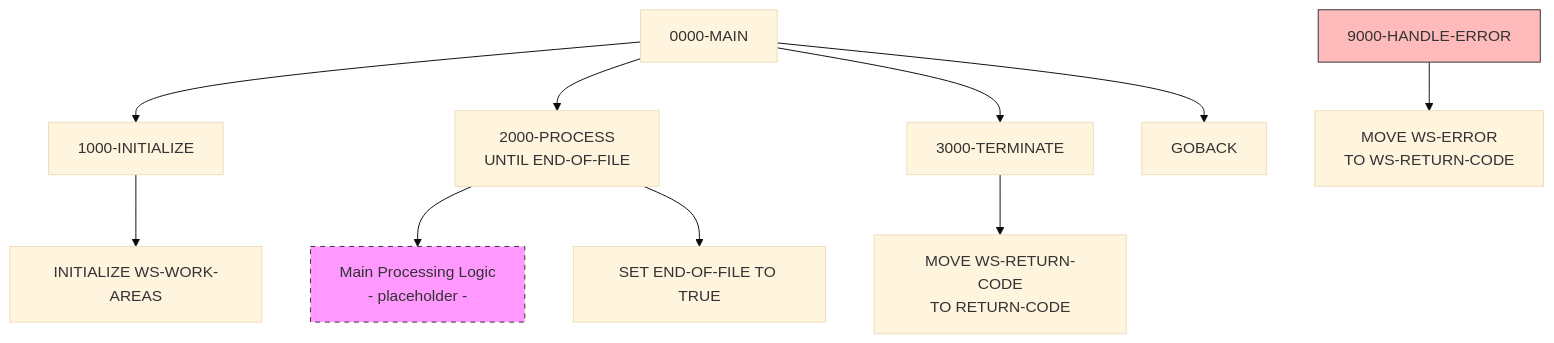
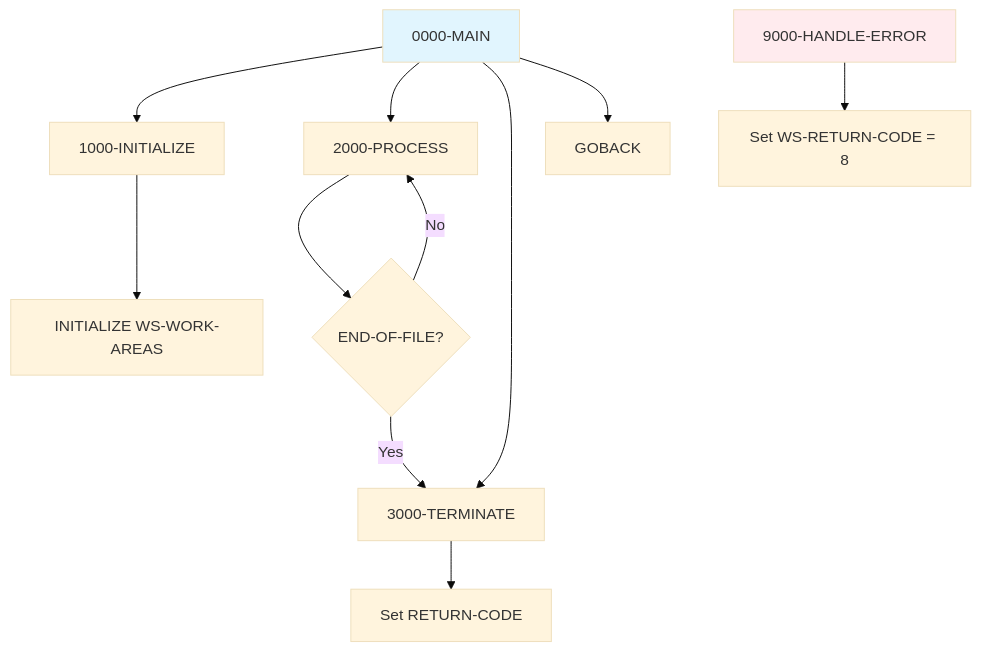
One commit to haladir-com/legacy-benchmark-docs-vb70e1 changed the diagram in docs/programs/PROGNAME.mdx. Above: the diagram before and after it, drawn with Mermaid (base theme). The commit also changed other lines of this file and 64 other files, not shown here.

````diff
--- a/docs/programs/PROGNAME.mdx
+++ b/docs/programs/PROGNAME.mdx
@@ -21,19 +16,20 @@
 ```mermaid
 graph TD
     A[0000-MAIN] --> B[1000-INITIALIZE]
-    A --> C[2000-PROCESS<br/>UNTIL END-OF-FILE]
+    A --> C[2000-PROCESS]
     A --> D[3000-TERMINATE]
     A --> E[GOBACK]
     
-    B --> B1[INITIALIZE WS-WORK-AREAS]
+    B --> F[INITIALIZE WS-WORK-AREAS]
     
-    C --> C1[Main Processing Logic<br/>- placeholder -]
-    C --> C2[SET END-OF-FILE TO TRUE]
+    C --> G{END-OF-FILE?}
+    G -->|No| C
+    G -->|Yes| D
     
-    D --> D1[MOVE WS-RETURN-CODE<br/>TO RETURN-CODE]
+    D --> H[Set RETURN-CODE]
     
-    F[9000-HANDLE-ERROR] --> F1[MOVE WS-ERROR<br/>TO WS-RETURN-CODE]
+    I[9000-HANDLE-ERROR] --> J[Set WS-RETURN-CODE = 8]
     
-    style C1 fill:#f9f,stroke:#333,stroke-dasharray: 5 5
-    style F fill:#fbb,stroke:#333
+    style A fill:#e1f5fe
+    style I fill:#ffebee
 ```
````
